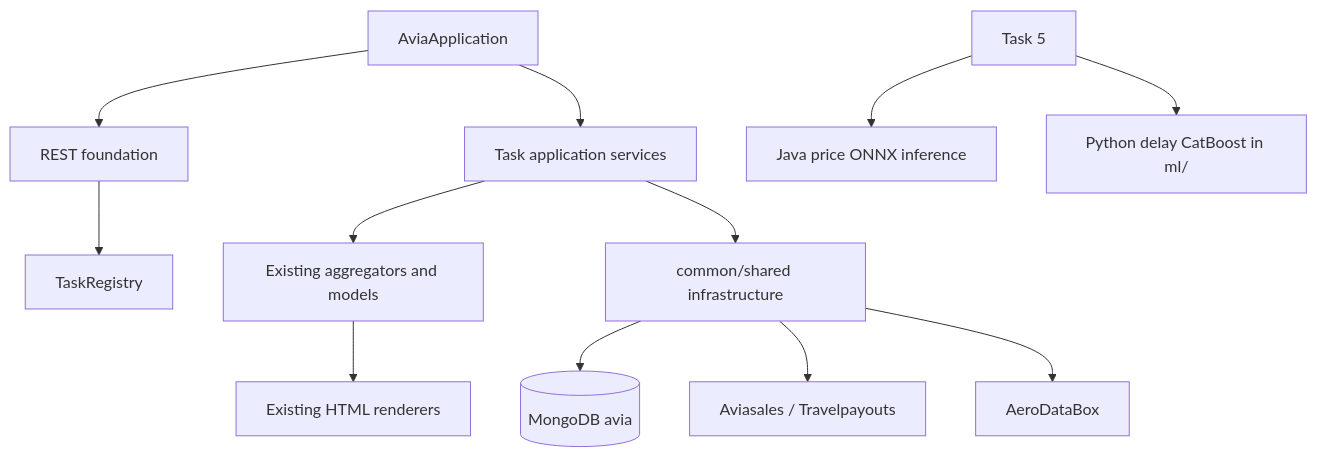
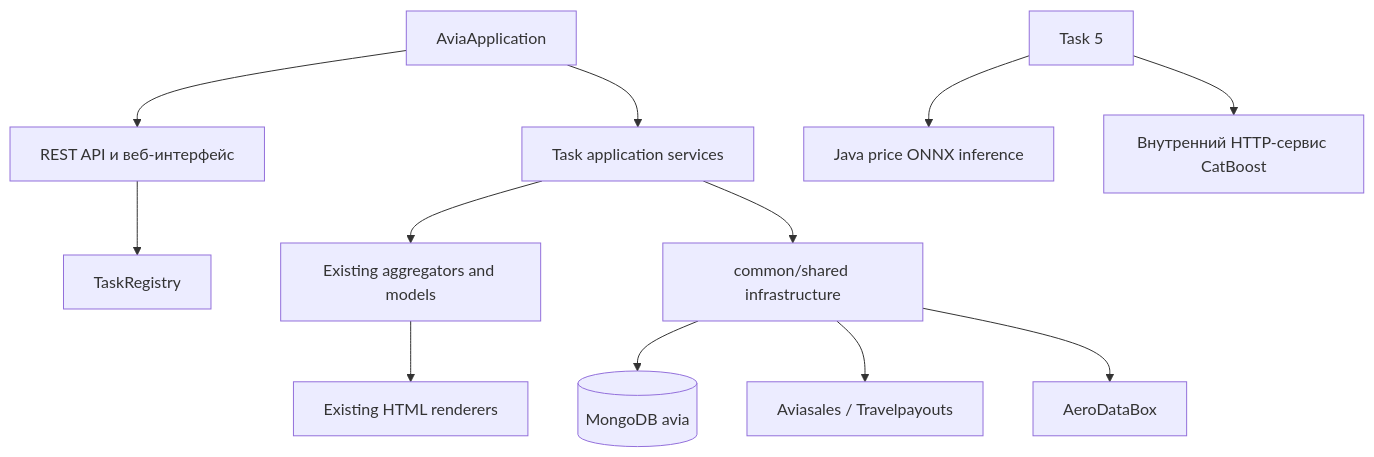
One commit to Vaytsekhovskiy/aviasales-trip-advisor changed the diagram in docs/backend_architecture.md. Above: the diagram before and after it, drawn with Mermaid. The commit also changed other lines of this file and 50 other files, not shown here.

````diff
--- a/docs/backend_architecture.md
+++ b/docs/backend_architecture.md
@@ -34,15 +34,15 @@
 ```mermaid
 flowchart TD
-    APP[AviaApplication] --> WEB[REST foundation]
+    APP[AviaApplication] --> WEB[REST API и веб-интерфейс]
     WEB --> REG[TaskRegistry]
     APP --> SERVICES[Task application services]
     SERVICES --> ANALYTICS[Existing aggregators and models]
     SERVICES --> COMMON[common/shared infrastructure]
     COMMON --> MONGO[(MongoDB avia)]
     COMMON --> AVIA[Aviasales / Travelpayouts]
     COMMON --> AERO[AeroDataBox]
     ANALYTICS --> HTML[Existing HTML renderers]
 
     T5[Task 5] --> PRICE[Java price ONNX inference]
-    T5 --> DELAY[Python delay CatBoost in ml/]
+    T5 --> DELAY[Внутренний HTTP-сервис CatBoost]
 ```
````
